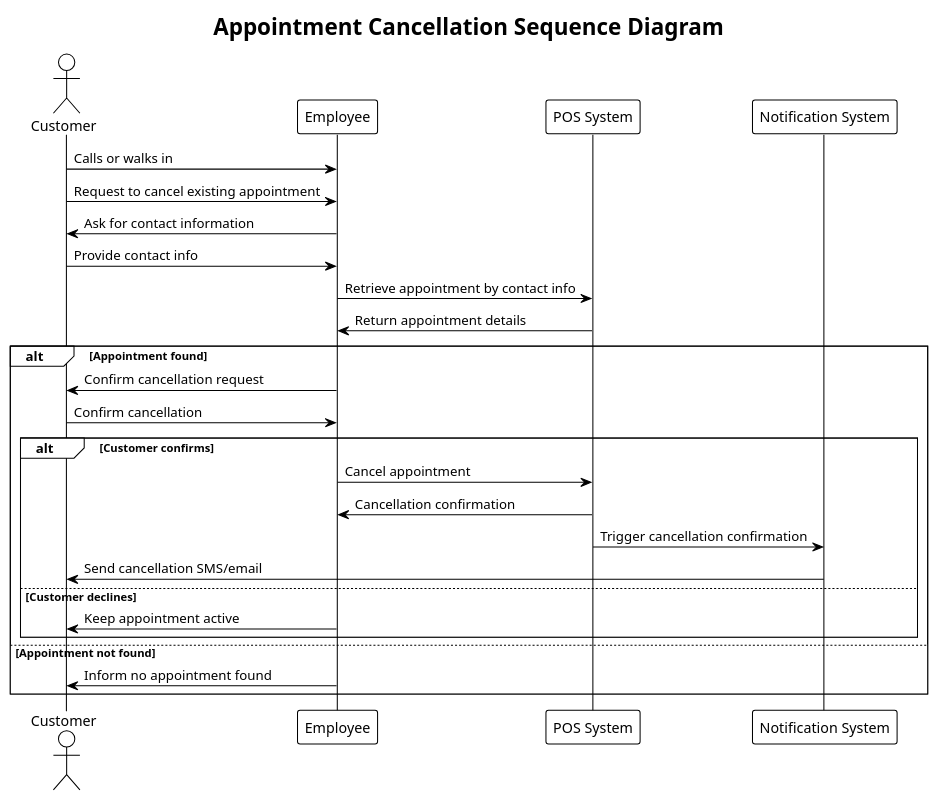
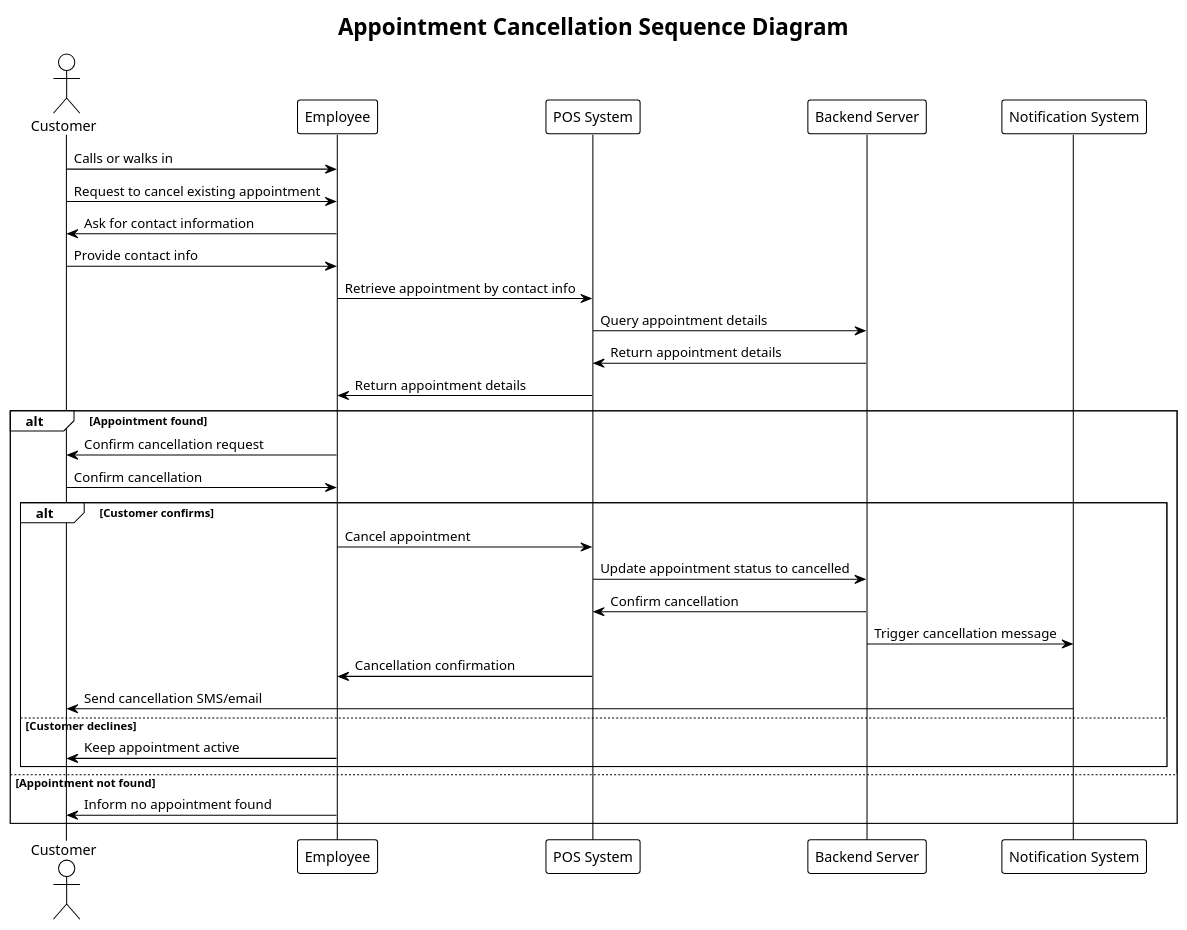
One commit to user5427/ps-design changed the diagram in docs/ps-design/design-document/diagrams/services/appointment_cancellation_sequence.puml. Above: the diagram before and after it, drawn with PlantUML. The commit also changed 4 other files, not shown here.

Commit message:
Enhance appointment management diagrams with backend interactions and detailed processes

```diff
--- a/docs/ps-design/design-document/diagrams/services/appointment_cancellation_sequence.puml
+++ b/docs/ps-design/design-document/diagrams/services/appointment_cancellation_sequence.puml
@@ -1,33 +1,38 @@
 @startuml appointment_cancellation_sequence
 !theme plain
 title Appointment Cancellation Sequence Diagram
 
 actor Customer
 participant Employee
 participant "POS System" as POS
+participant "Backend Server" as Backend
 participant "Notification System" as Notification
 
 Customer -> Employee: Calls or walks in
 Customer -> Employee: Request to cancel existing appointment
 Employee -> Customer: Ask for contact information
 Customer -> Employee: Provide contact info
 Employee -> POS: Retrieve appointment by contact info
+POS -> Backend: Query appointment details
+Backend -> POS: Return appointment details
 POS -> Employee: Return appointment details
 
 alt Appointment found
   Employee -> Customer: Confirm cancellation request
   Customer -> Employee: Confirm cancellation
   
   alt Customer confirms
     Employee -> POS: Cancel appointment
+    POS -> Backend: Update appointment status to cancelled
+    Backend -> POS: Confirm cancellation
+    Backend -> Notification: Trigger cancellation message
     POS -> Employee: Cancellation confirmation
-    POS -> Notification: Trigger cancellation confirmation
     Notification -> Customer: Send cancellation SMS/email
   else Customer declines
     Employee -> Customer: Keep appointment active
   end
 else Appointment not found
   Employee -> Customer: Inform no appointment found
 end
 
 @enduml
```
